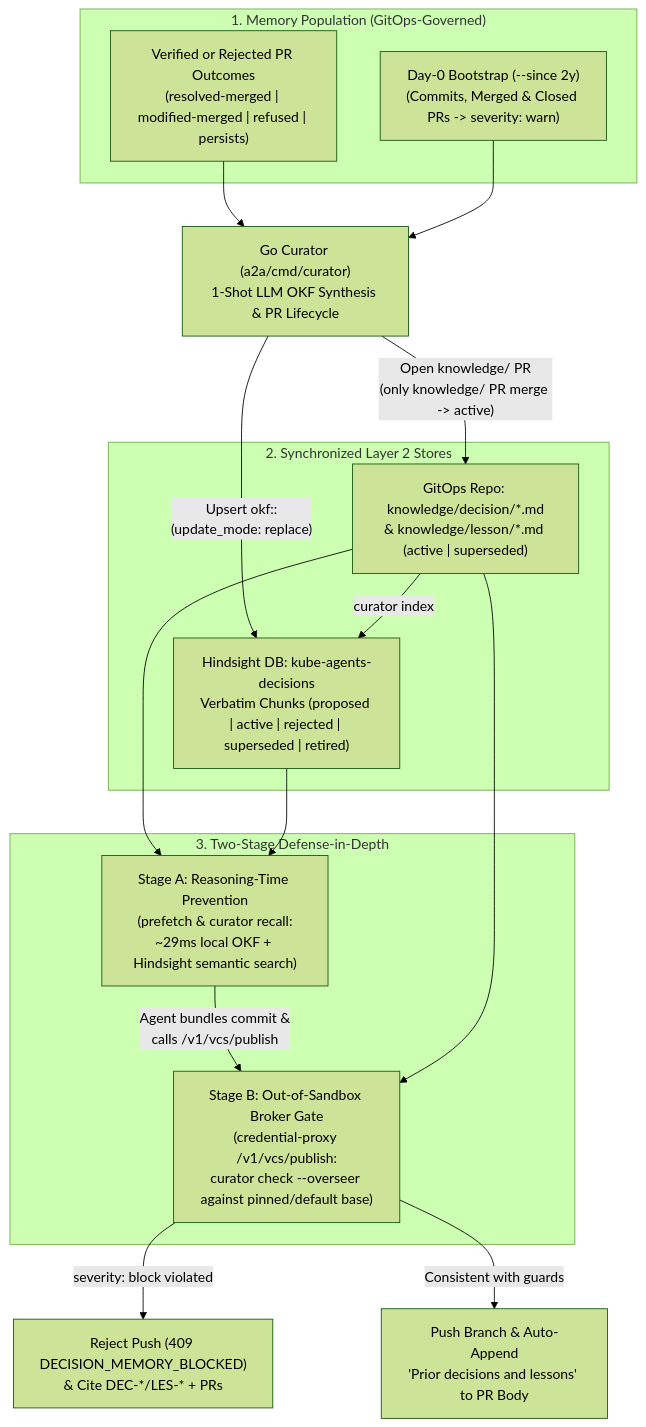
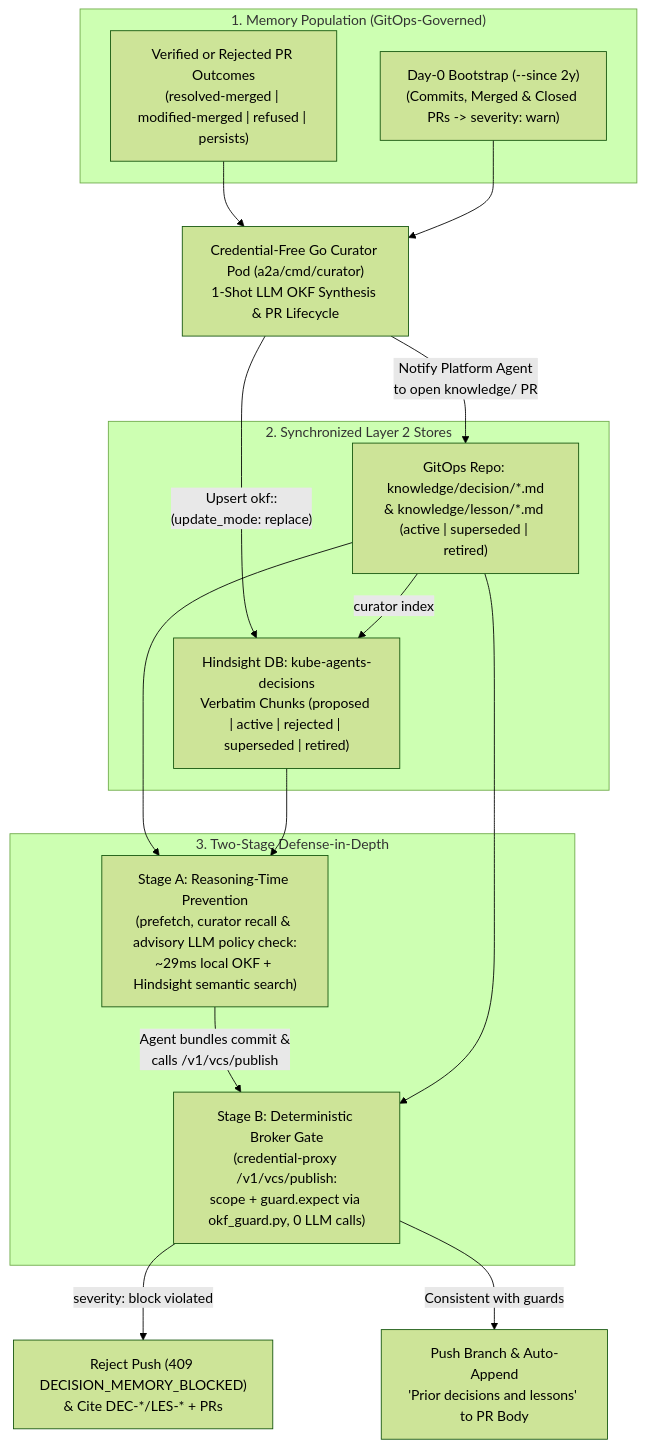
The third of 5 diagrams in docs/designs/memory.md (gke-labs/kube-agents), drawn with Mermaid (forest theme) before and after one commit. The commit also changed other lines of this file and 7 other files, not shown here.

Commit message:
docs(memory): move Curator LLM path to credential-free pod and address review feedback

````diff
--- a/docs/designs/memory.md
+++ b/docs/designs/memory.md
@@ -447,27 +453,27 @@
 ```mermaid
 flowchart TB
   subgraph Populate["1. Memory Population (GitOps-Governed)"]
     O["Verified or Rejected PR Outcomes\n(resolved-merged | modified-merged | refused | persists)"]
     H["Day-0 Bootstrap (--since 2y)\n(Commits, Merged & Closed PRs -> severity: warn)"]
   end
-  Cur["Go Curator (a2a/cmd/curator)\n1-Shot LLM OKF Synthesis & PR Lifecycle"]
+  Cur["Credential-Free Go Curator Pod (a2a/cmd/curator)\n1-Shot LLM OKF Synthesis & PR Lifecycle"]
   subgraph Stores["2. Synchronized Layer 2 Stores"]
-    Git["GitOps Repo: knowledge/decision/*.md\n& knowledge/lesson/*.md (active | superseded)"]
+    Git["GitOps Repo: knowledge/decision/*.md\n& knowledge/lesson/*.md (active | superseded | retired)"]
     HD["Hindsight DB: kube-agents-decisions\nVerbatim Chunks (proposed | active | rejected | superseded | retired)"]
   end
   subgraph Defense["3. Two-Stage Defense-in-Depth"]
-    S1["Stage A: Reasoning-Time Prevention\n(prefetch & curator recall:\n~29ms local OKF + Hindsight semantic search)"]
-    S2["Stage B: Out-of-Sandbox Broker Gate\n(credential-proxy /v1/vcs/publish:\ncurator check --overseer against pinned/default base)"]
+    S1["Stage A: Reasoning-Time Prevention\n(prefetch, curator recall & advisory LLM policy check:\n~29ms local OKF + Hindsight semantic search)"]
+    S2["Stage B: Deterministic Broker Gate\n(credential-proxy /v1/vcs/publish:\nscope + guard.expect via okf_guard.py, 0 LLM calls)"]
   end
   O --> Cur
   H --> Cur
-  Cur -->|"Open knowledge/ PR\n(only knowledge/ PR merge -> active)"| Git
+  Cur -->|"Notify Platform Agent\nto open knowledge/ PR"| Git
   Cur -->|"Upsert okf:<repo>:<id>\n(update_mode: replace)"| HD
   Git -->|curator index| HD
   Git --> S1
   HD --> S1
   S1 -->|"Agent bundles commit &\ncalls /v1/vcs/publish"| S2
   Git --> S2
   S2 -->|"severity: block violated"| Blk["Reject Push (409 DECISION_MEMORY_BLOCKED)\n& Cite DEC-*/LES-* + PRs"]
   S2 -->|"Consistent with guards"| Pass["Push Branch & Auto-Append\n'Prior decisions and lessons' to PR Body"]
 ```
````
